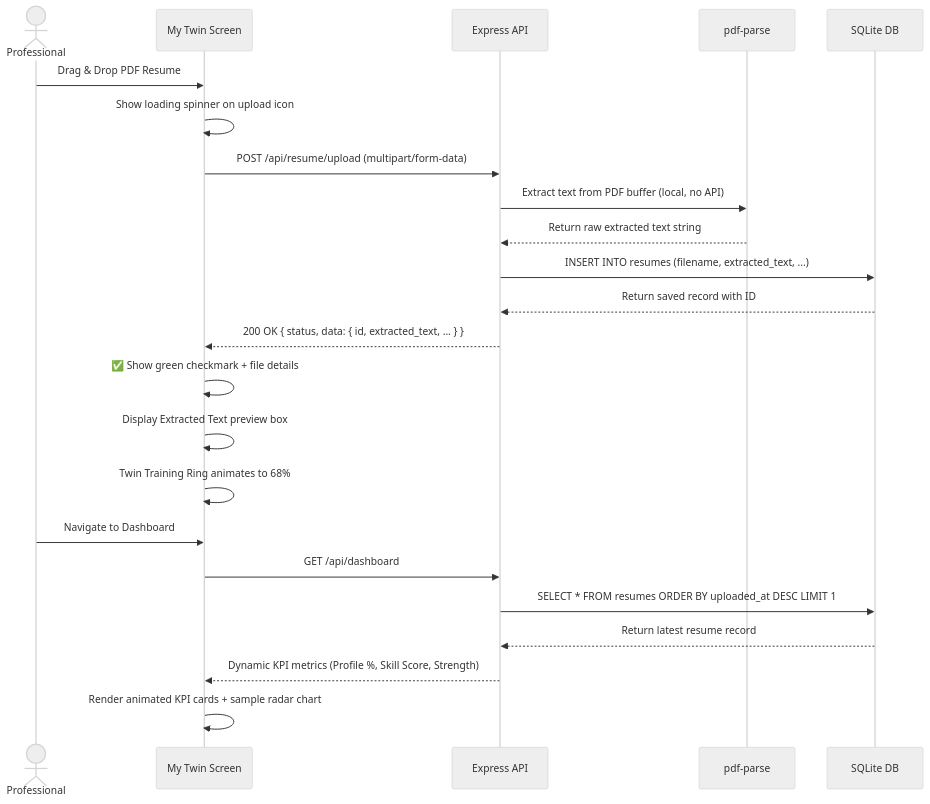
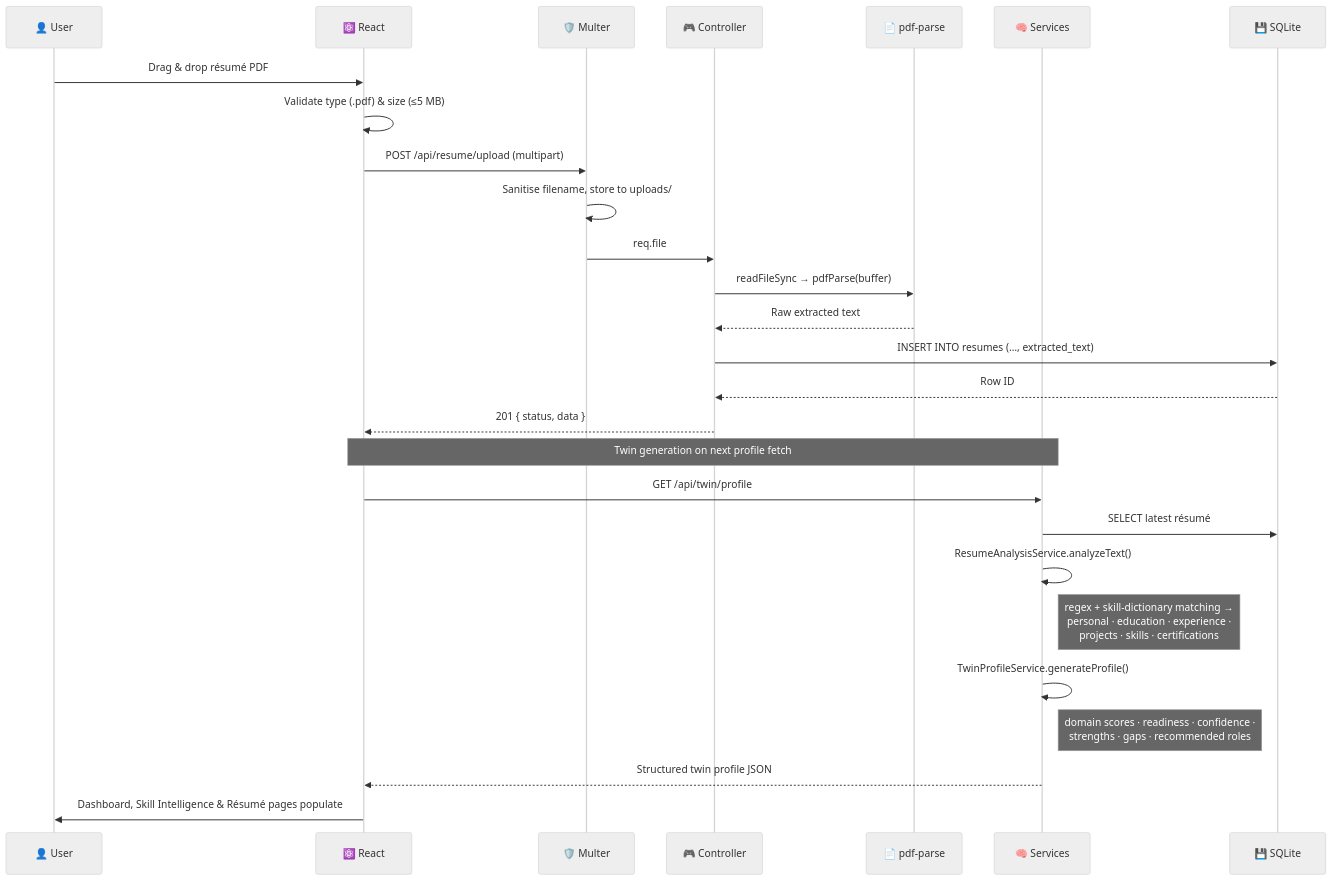
One commit to gayathrisathishkumarr/CareerTwinAI changed the second of 9 diagrams in README.md. Above: the diagram before and after it, drawn with Mermaid (neutral theme). The commit also changed other lines of this file and 6 other files, not shown here.

````diff
--- a/README.md
+++ b/README.md
@@ -179,26 +238,31 @@
 ```mermaid
 sequenceDiagram
-    actor P as Professional
-    participant UI as My Twin Screen
-    participant API as Express API
-    participant PDF as pdf-parse
-    participant DB as SQLite DB
+    participant U as 👤 User
+    participant R as ⚛️ React
+    participant M as 🛡️ Multer
+    participant C as 🎮 Controller
+    participant P as 📄 pdf-parse
+    participant S as 🧠 Services
+    participant DB as 💾 SQLite
 
-    P->>UI: Drag & Drop PDF Resume
-    UI->>UI: Show loading spinner on upload icon
-    UI->>API: POST /api/resume/upload (multipart/form-data)
-    API->>PDF: Extract text from PDF buffer (local, no API)
-    PDF-->>API: Return raw extracted text string
-    API->>DB: INSERT INTO resumes (filename, extracted_text, ...)
-    DB-->>API: Return saved record with ID
-    API-->>UI: 200 OK { status, data: { id, extracted_text, ... } }
-    UI->>UI: ✅ Show green checkmark + file details
-    UI->>UI: Display Extracted Text preview box
-    UI->>UI: Twin Training Ring animates to 68%
-    P->>UI: Navigate to Dashboard
-    UI->>API: GET /api/dashboard
-    API->>DB: SELECT * FROM resumes ORDER BY uploaded_at DESC LIMIT 1
-    DB-->>API: Return latest resume record
-    API-->>UI: Dynamic KPI metrics (Profile %, Skill Score, Strength)
-    UI->>UI: Render animated KPI cards + sample radar chart
+    U->>R: Drag & drop résumé PDF
+    R->>R: Validate type (.pdf) & size (≤5 MB)
+    R->>M: POST /api/resume/upload (multipart)
+    M->>M: Sanitise filename, store to uploads/
+    M->>C: req.file
+    C->>P: readFileSync → pdfParse(buffer)
+    P-->>C: Raw extracted text
+    C->>DB: INSERT INTO resumes (…, extracted_text)
+    DB-->>C: Row ID
+    C-->>R: 201 { status, data }
+
+    Note over R,S: Twin generation on next profile fetch
+    R->>S: GET /api/twin/profile
+    S->>DB: SELECT latest résumé
+    S->>S: ResumeAnalysisService.analyzeText()
+    Note right of S: regex + skill-dictionary matching →<br/>personal · education · experience ·<br/>projects · skills · certifications
+    S->>S: TwinProfileService.generateProfile()
+    Note right of S: domain scores · readiness · confidence ·<br/>strengths · gaps · recommended roles
+    S-->>R: Structured twin profile JSON
+    R->>U: Dashboard, Skill Intelligence & Résumé pages populate
 ```
````
